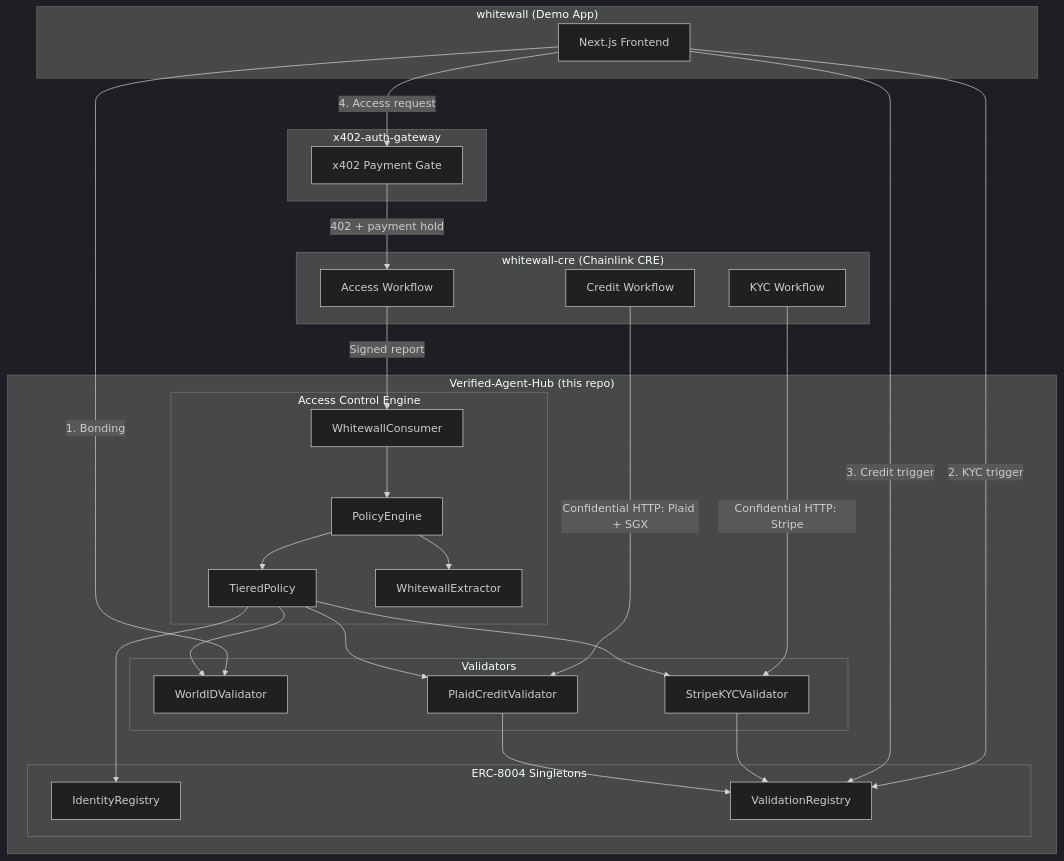
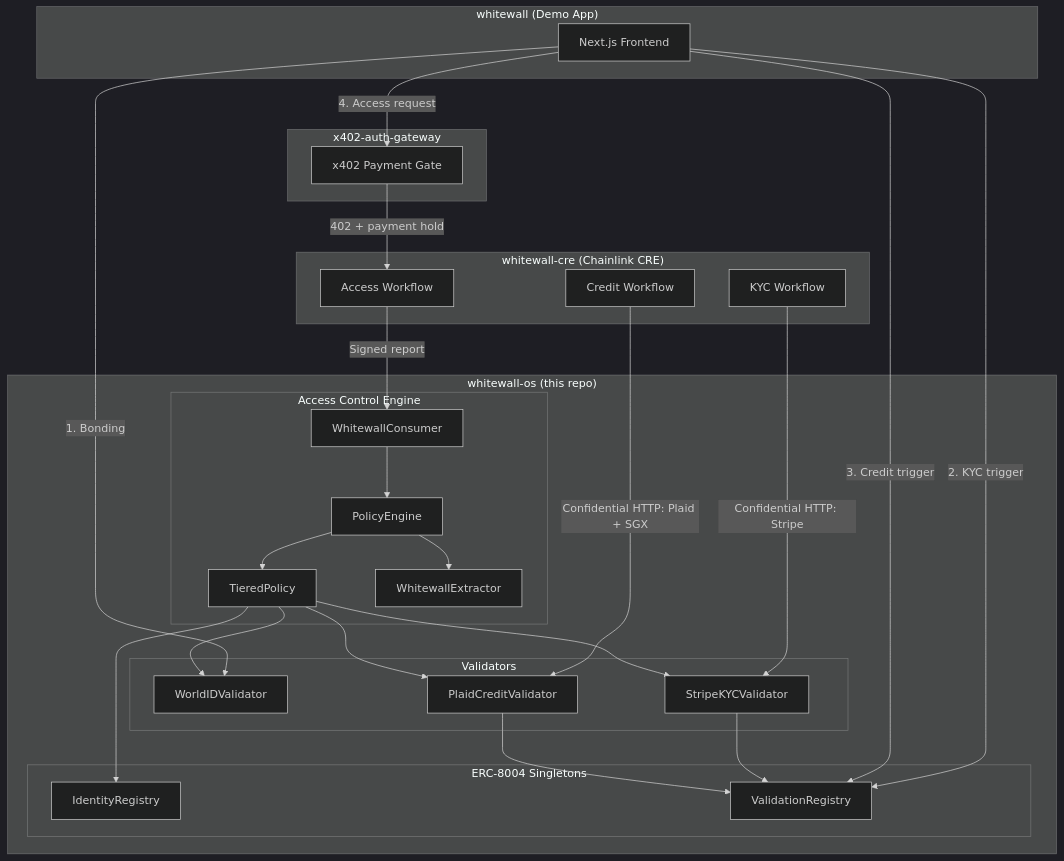
Before and after one commit to hihi-yessir/whitewall-os: the first of 5 diagrams in README.md, drawn with Mermaid (dark theme). The commit also changed other lines of this file, not shown here.

Commit message:
rename Verified-Agent-Hub refs to whitewall-os

````diff
--- a/README.md
+++ b/README.md
@@ -46,59 +46,59 @@
 ```mermaid
 graph TB
     subgraph Frontend["whitewall (Demo App)"]
         UI[Next.js Frontend]
     end
 
     subgraph Gateway["x402-auth-gateway"]
         X402[x402 Payment Gate]
     end
 
     subgraph CRE["whitewall-cre (Chainlink CRE)"]
         AW[Access Workflow]
         KW[KYC Workflow]
         CW[Credit Workflow]
     end
 
-    subgraph Contracts["Verified-Agent-Hub (this repo)"]
+    subgraph Contracts["whitewall-os (this repo)"]
         subgraph ACE["Access Control Engine"]
             PE[PolicyEngine]
             TP[TieredPolicy]
             WC[WhitewallConsumer]
             WE[WhitewallExtractor]
         end
 
         subgraph Validators
             WID[WorldIDValidator]
             KYC[StripeKYCValidator]
             CREDIT[PlaidCreditValidator]
         end
 
         subgraph Registries["ERC-8004 Singletons"]
             IR[IdentityRegistry]
             VR[ValidationRegistry]
         end
     end
 
     UI -->|1. Bonding| WID
     UI -->|2. KYC trigger| VR
     UI -->|3. Credit trigger| VR
     UI -->|4. Access request| X402
 
     X402 -->|402 + payment hold| AW
 
     KW -->|Confidential HTTP: Stripe| KYC
     CW -->|Confidential HTTP: Plaid + SGX| CREDIT
     AW -->|Signed report| WC
 
     WC --> PE
     PE --> WE
     PE --> TP
 
     TP --> IR
     TP --> WID
     TP --> KYC
     TP --> CREDIT
 
     KYC --> VR
     CREDIT --> VR
 ```
````
